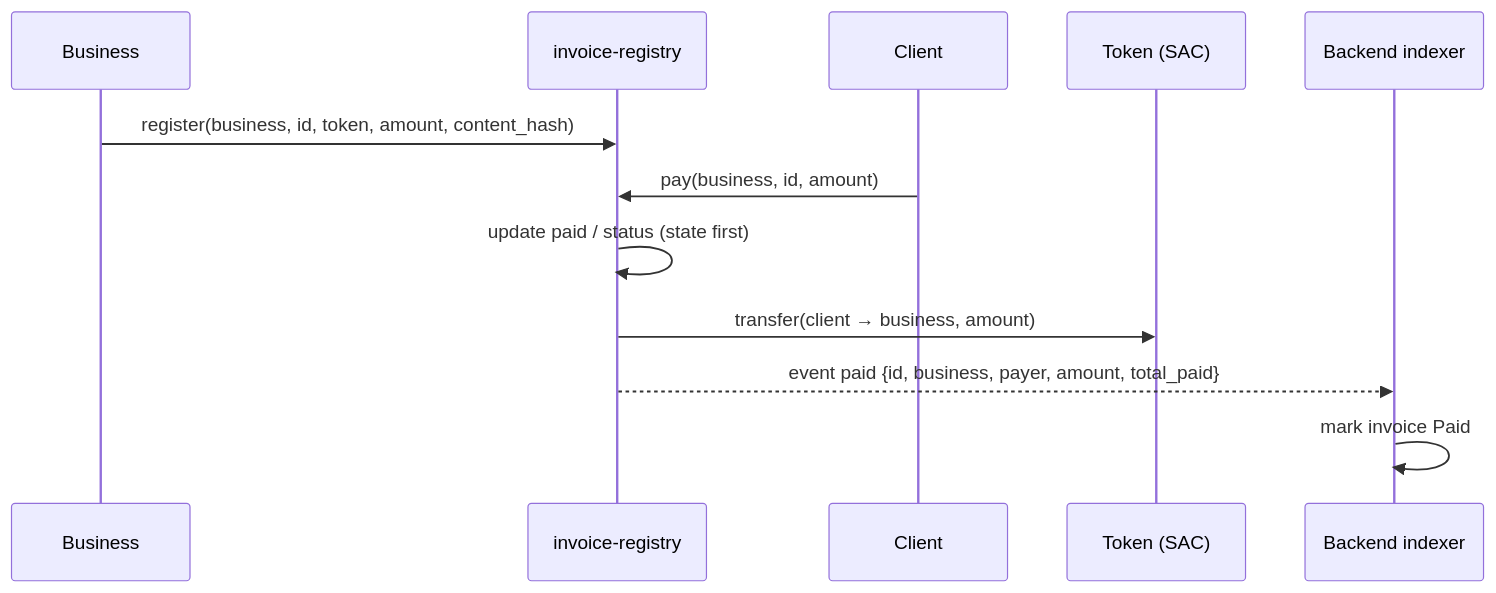
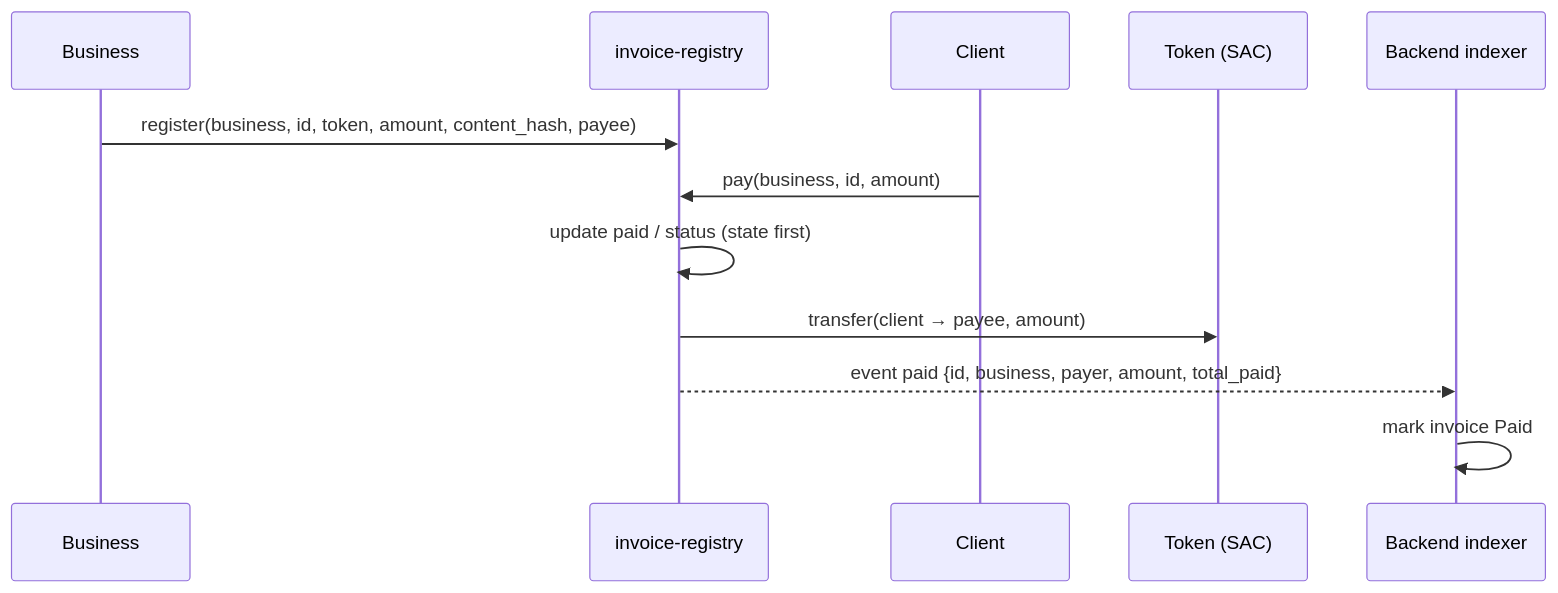
The second of 4 diagrams in README.md (JoesWalker/Stellar-Finance-OS-Contracts), drawn with Mermaid before and after one commit. The commit also changed other lines of this file and 11 other files, not shown here.

````diff
--- a/README.md
+++ b/README.md
@@ -69,15 +69,15 @@
 ```mermaid
 sequenceDiagram
     participant Biz as Business
     participant IR as invoice-registry
     participant C as Client
     participant T as Token (SAC)
     participant Idx as Backend indexer
 
-    Biz->>IR: register(business, id, token, amount, content_hash)
+    Biz->>IR: register(business, id, token, amount, content_hash, payee)
     C->>IR: pay(business, id, amount)
     IR->>IR: update paid / status (state first)
-    IR->>T: transfer(client → business, amount)
+    IR->>T: transfer(client → payee, amount)
     IR-->>Idx: event paid {id, business, payer, amount, total_paid}
     Idx->>Idx: mark invoice Paid
 ```
````
